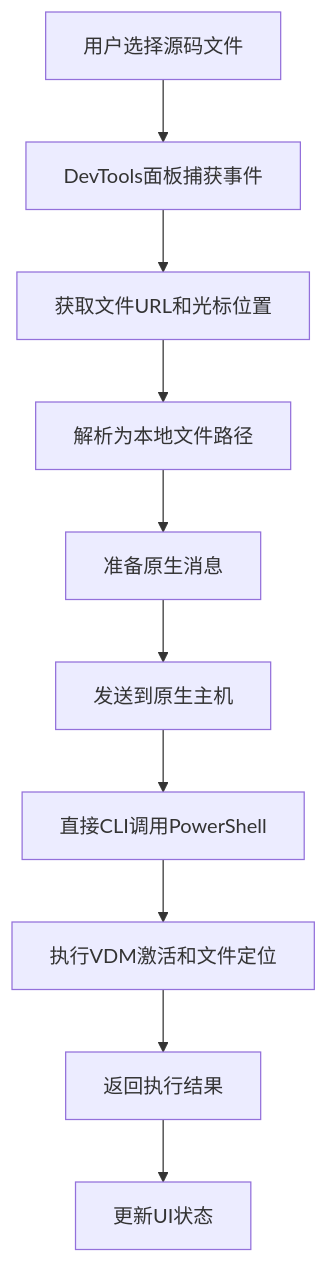
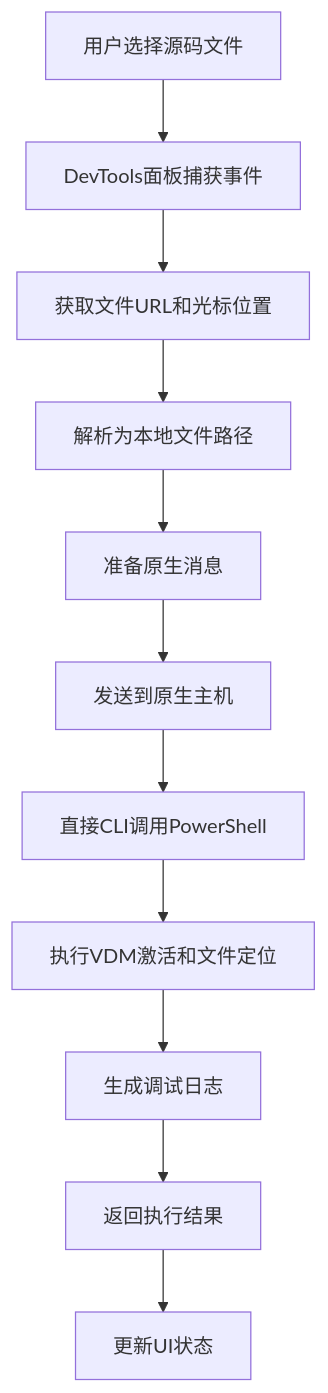
Before and after one commit to wangys-123doit/hotkey: the third of 11 diagrams in .qoder/repowiki/zh/content/外部工具集成/DevTools VS Code 开发者工具集成系统.md, drawn with Mermaid. The commit also changed other lines of this file and 5 other files, not shown here.

````diff
--- a/.qoder/repowiki/zh/content/外部工具集成/DevTools VS Code 开发者工具集成系统.md
+++ b/.qoder/repowiki/zh/content/外部工具集成/DevTools VS Code 开发者工具集成系统.md
@@ -152,12 +159,13 @@
 ```mermaid
 flowchart TD
 A[用户选择源码文件] --> B[DevTools面板捕获事件]
 B --> C[获取文件URL和光标位置]
 C --> D[解析为本地文件路径]
 D --> E[准备原生消息]
 E --> F[发送到原生主机]
 F --> G[直接CLI调用PowerShell]
 G --> H[执行VDM激活和文件定位]
-H --> I[返回执行结果]
-I --> J[更新UI状态]
+H --> I[生成调试日志]
+I --> J[返回执行结果]
+J --> K[更新UI状态]
 ```
````
